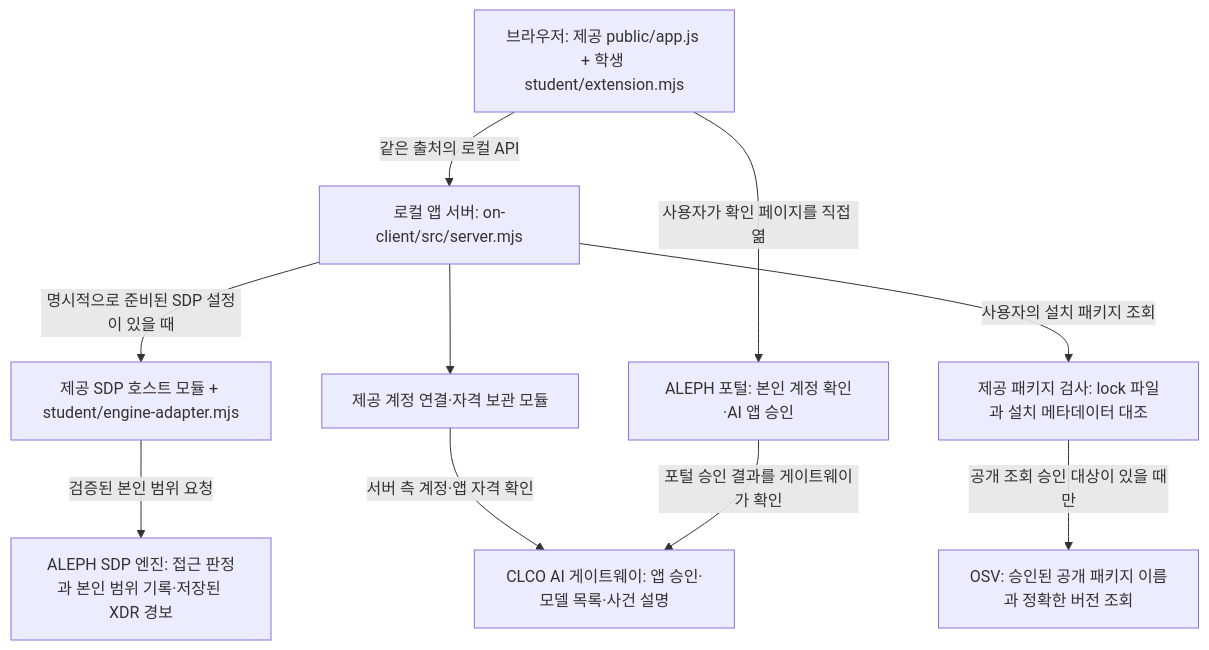
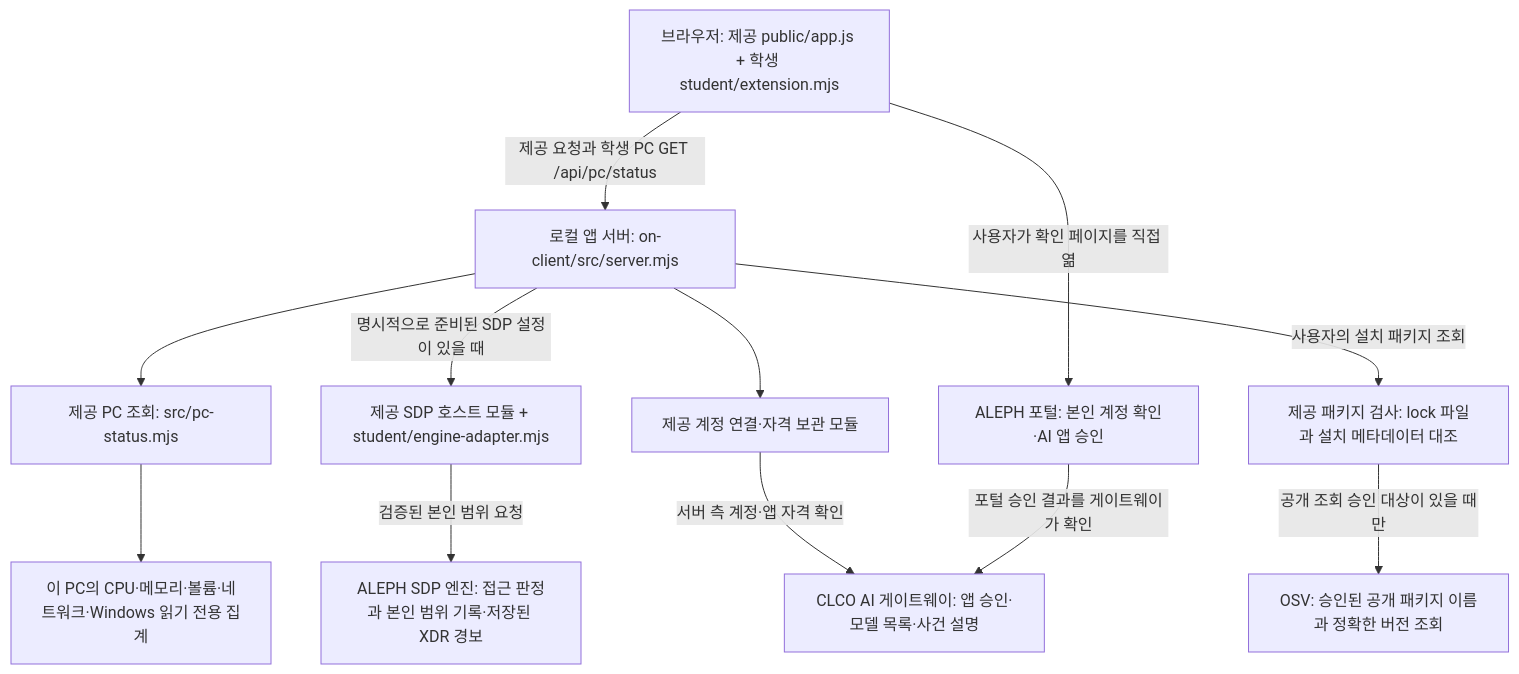
One commit to Miko351/choi-bujang-secret-vault changed the diagram in on-client/docs/STUDENT_RUNBOOK.md. Above: the diagram before and after it, drawn with Mermaid. The commit also changed other lines of this file and 1 other file, not shown here.

````diff
--- a/on-client/docs/STUDENT_RUNBOOK.md
+++ b/on-client/docs/STUDENT_RUNBOOK.md
@@ -111,21 +156,25 @@
 ```mermaid
 flowchart TD
   B[브라우저: 제공 public/app.js + 학생 student/extension.mjs]
   L[로컬 앱 서버: on-client/src/server.mjs]
   H[제공 SDP 호스트 모듈 + student/engine-adapter.mjs]
   E[ALEPH SDP 엔진: 접근 판정과 본인 범위 기록·저장된 XDR 경보]
   N[제공 계정 연결·자격 보관 모듈]
   G[CLCO AI 게이트웨이: 앱 승인·모델 목록·사건 설명]
   P[ALEPH 포털: 본인 계정 확인·AI 앱 승인]
   V[제공 패키지 검사: lock 파일과 설치 메타데이터 대조]
   O[OSV: 승인된 공개 패키지 이름과 정확한 버전 조회]
-  B -->|같은 출처의 로컬 API| L
+  C[제공 PC 조회: src/pc-status.mjs]
+  PC[이 PC의 CPU·메모리·볼륨·네트워크·Windows 읽기 전용 집계]
+  B -->|제공 요청과 학생 PC GET /api/pc/status| L
+  L --> C
+  C --> PC
   B -->|사용자가 확인 페이지를 직접 엶| P
   L -->|명시적으로 준비된 SDP 설정이 있을 때| H
   H -->|검증된 본인 범위 요청| E
   L --> N
   N -->|서버 측 계정·앱 자격 확인| G
   P -->|포털 승인 결과를 게이트웨이가 확인| G
   L -->|사용자의 설치 패키지 조회| V
   V -->|공개 조회 승인 대상이 있을 때만| O
 ```
````
